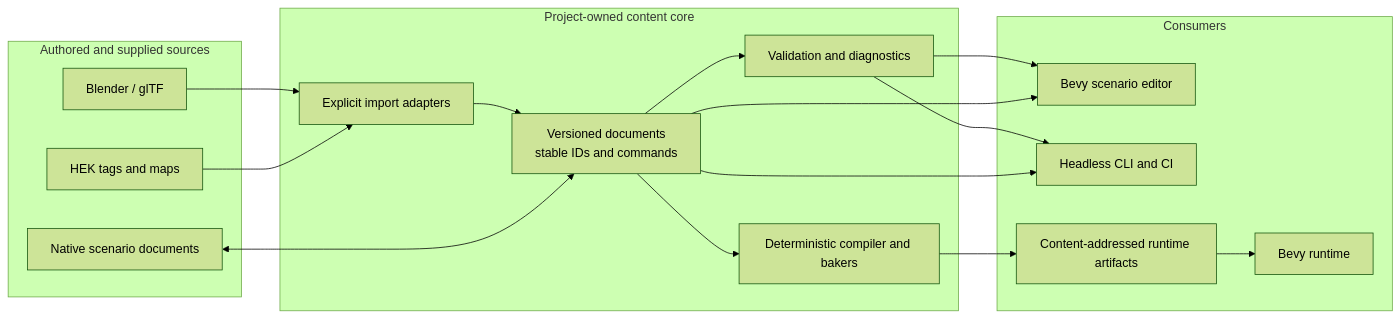
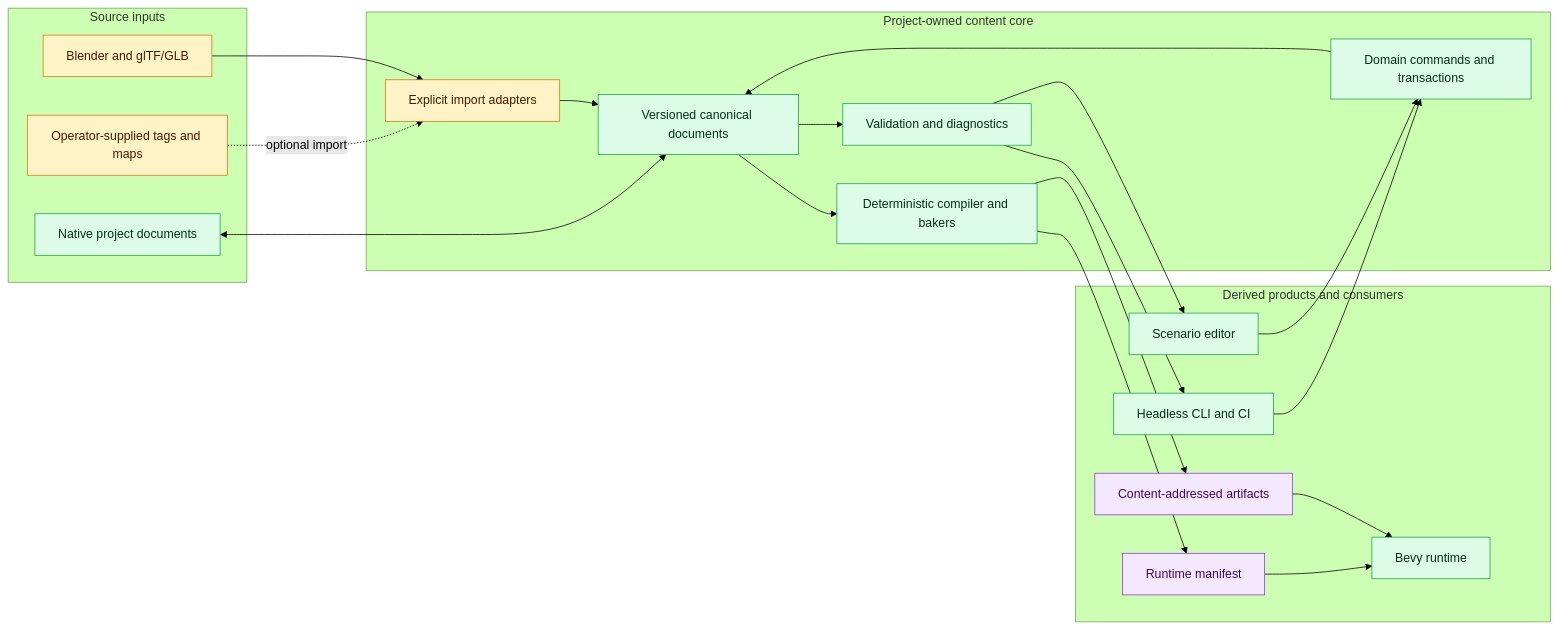
The third of 8 diagrams in docs/ecosystem.md (cwilson613/halo), drawn with Mermaid (forest theme) before and after one commit. The commit also changed other lines of this file, not shown here.

Commit message:
docs: refine ecosystem architecture diagrams

````diff
--- a/docs/ecosystem.md
+++ b/docs/ecosystem.md
@@ -33,34 +104,48 @@
 ```mermaid
 flowchart LR
-    subgraph Sources[Authored and supplied sources]
-        Blender[Blender / glTF]
-        Scenario[Native scenario documents]
-        Legacy[HEK tags and maps]
+    subgraph Inputs[Source inputs]
+        Art[Blender and glTF/GLB]
+        Native[Native project documents]
+        Legacy[Operator-supplied tags and maps]
     end
 
-    subgraph Domain[Project-owned content core]
+    subgraph Core[Project-owned content core]
         Import[Explicit import adapters]
-        Model[Versioned documents<br/>stable IDs and commands]
+        Docs[Versioned canonical documents]
+        Commands[Domain commands and transactions]
         Validate[Validation and diagnostics]
         Compile[Deterministic compiler and bakers]
     end
 
-    subgraph Products[Consumers]
-        Editor[Bevy scenario editor]
+    subgraph Outputs[Derived products and consumers]
+        Store[Content-addressed artifacts]
+        Manifest[Runtime manifest]
+        Editor[Scenario editor]
         CLI[Headless CLI and CI]
-        Artifacts[Content-addressed runtime artifacts]
         Game[Bevy runtime]
     end
 
-    Blender --> Import
-    Legacy --> Import
-    Import --> Model
-    Scenario <--> Model
-    Model --> Validate
-    Model --> Compile
+    Art --> Import
+    Legacy -. optional import .-> Import
+    Import --> Docs
+    Native <--> Docs
+    Editor --> Commands
+    CLI --> Commands
+    Commands --> Docs
+    Docs --> Validate
+    Docs --> Compile
     Validate --> Editor
     Validate --> CLI
-    Compile --> Artifacts --> Game
-    Model --> Editor
-    Model --> CLI
+    Compile --> Store
+    Compile --> Manifest
+    Store --> Game
+    Manifest --> Game
+
+    classDef planned fill:#dcfce7,stroke:#16a34a,color:#052e16
+    classDef external fill:#fef3c7,stroke:#d97706,color:#451a03
+    classDef derived fill:#f3e8ff,stroke:#9333ea,color:#3b0764
+
+    class Native,Docs,Commands,Validate,Compile,Editor,CLI,Game planned
+    class Art,Legacy,Import external
+    class Store,Manifest derived
 ```
````
